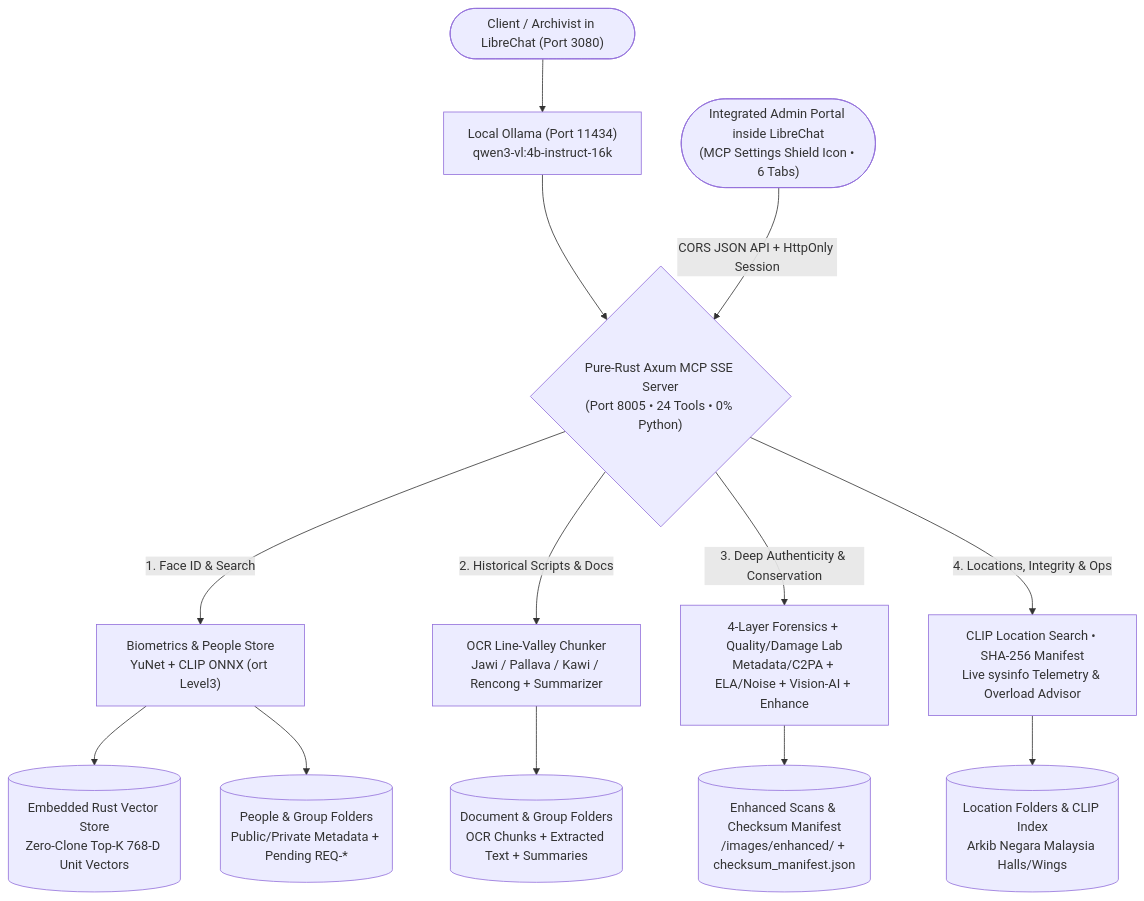
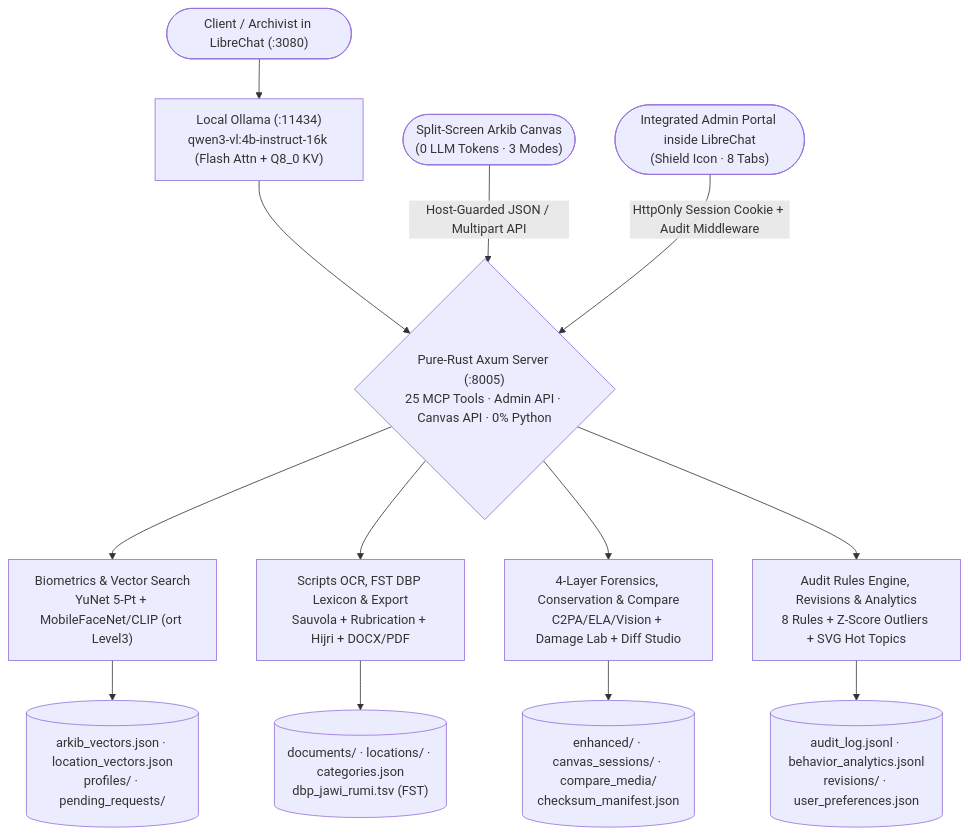
The diagram in README.md (Hamzahxvi/arkibvision), drawn with Mermaid before and after one commit. The commit also changed other lines of this file and 11 other files, not shown here.

Commit message:
Update README and pipeline_diagram.svg for v2.0.0, add bounded JSONL log compaction & compare_media cleanup, cargo fmt

````diff
--- a/README.md
+++ b/README.md
@@ -58,20 +49,21 @@
 ```mermaid
 flowchart TD
-    User(["Client / Archivist in LibreChat (Port 3080)"])
-    Admin(["Integrated Admin Portal inside LibreChat\n(MCP Settings Shield Icon • 6 Tabs)"])
+    User(["Client / Archivist in LibreChat (:3080)"])
+    Canvas(["Split-Screen Arkib Canvas\n(0 LLM Tokens · 3 Modes)"])
+    Admin(["Integrated Admin Portal inside LibreChat\n(Shield Icon · 8 Tabs)"])
 
-    User --> VLM["Local Ollama (Port 11434)\nqwen3-vl:4b-instruct-16k"]
-    VLM --> Router{"Pure-Rust Axum MCP SSE Server\n(Port 8005 • 24 Tools • 0% Python)"}
-    Admin -->|"CORS JSON API + HttpOnly Session"| Router
+    User --> VLM["Local Ollama (:11434)\nqwen3-vl:4b-instruct-16k (Flash Attn + Q8_0 KV)"]
+    VLM --> Router{"Pure-Rust Axum Server (:8005)\n25 MCP Tools · Admin API · Canvas API · 0% Python"}
+    Canvas -->|"Host-Guarded JSON / Multipart API"| Router
+    Admin -->|"HttpOnly Session Cookie + Audit Middleware"| Router
 
-    Router -->|"1. Face ID & Search"| A1["Biometrics & People Store\nYuNet + CLIP ONNX (ort Level3)"]
-    Router -->|"2. Historical Scripts & Docs"| B1["OCR Line-Valley Chunker\nJawi / Pallava / Kawi / Rencong + Summarizer"]
-    Router -->|"3. Deep Authenticity & Conservation"| C1["4-Layer Forensics + Quality/Damage Lab\nMetadata/C2PA + ELA/Noise + Vision-AI + Enhance"]
-    Router -->|"4. Locations, Integrity & Ops"| D1["CLIP Location Search • SHA-256 Manifest\nLive sysinfo Telemetry & Overload Advisor"]
+    Router --> A1["Biometrics & Vector Search\nYuNet 5-Pt + MobileFaceNet/CLIP (ort Level3)"]
+    Router --> B1["Scripts OCR, FST DBP Lexicon & Export\nSauvola + Rubrication + Hijri + DOCX/PDF"]
+    Router --> C1["4-Layer Forensics, Conservation & Compare\nC2PA/ELA/Vision + Damage Lab + Diff Studio"]
+    Router --> D1["Audit Rules Engine, Revisions & Analytics\n8 Rules + Z-Score Outliers + SVG Hot Topics"]
 
-    A1 --> DB1[("Embedded Rust Vector Store\nZero-Clone Top-K 768-D Unit Vectors")]
-    A1 --> DB2[("People & Group Folders\nPublic/Private Metadata + Pending REQ-*")]
-    B1 --> DB3[("Document & Group Folders\nOCR Chunks + Extracted Text + Summaries")]
-    C1 --> DB4[("Enhanced Scans & Checksum Manifest\n/images/enhanced/ + checksum_manifest.json")]
-    D1 --> DB5[("Location Folders & CLIP Index\nArkib Negara Malaysia Halls/Wings")]
+    A1 --> DB1[("arkib_vectors.json · location_vectors.json\nprofiles/ · pending_requests/")]
+    B1 --> DB2[("documents/ · locations/ · categories.json\ndbp_jawi_rumi.tsv (FST)")]
+    C1 --> DB3[("enhanced/ · canvas_sessions/ · compare_media/\nchecksum_manifest.json")]
+    D1 --> DB4[("audit_log.jsonl · behavior_analytics.jsonl\nrevisions/ · user_preferences.json")]
 ```
````
